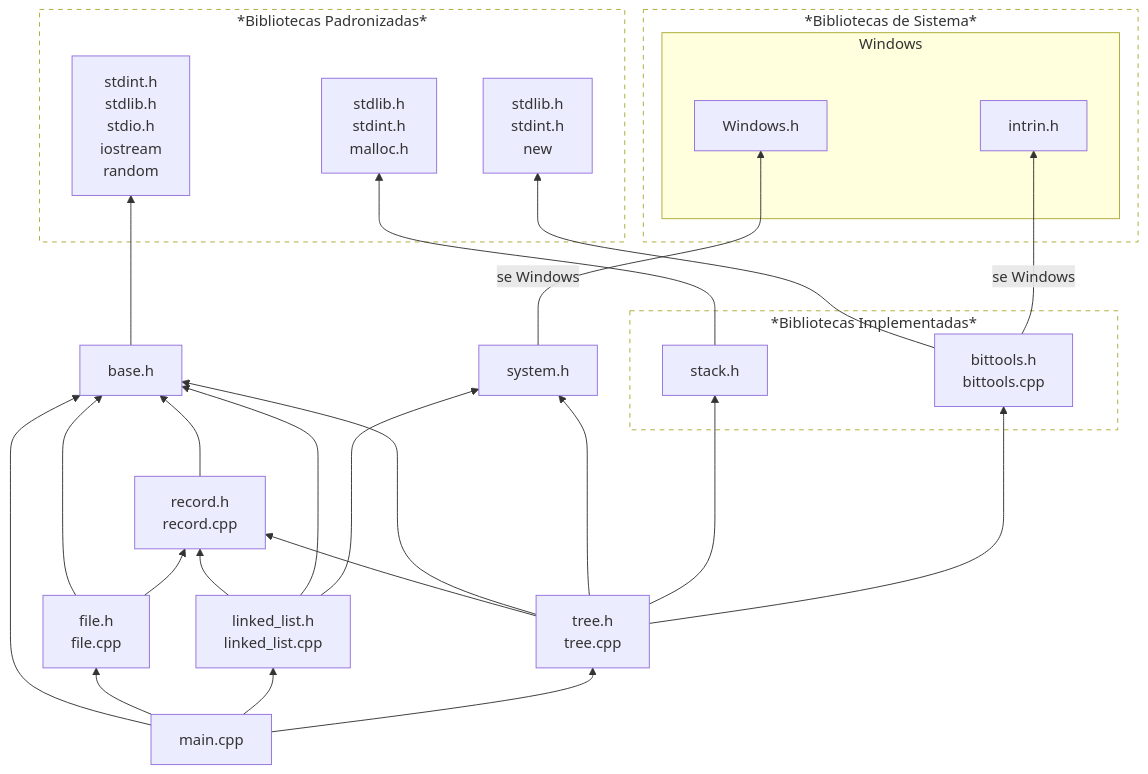
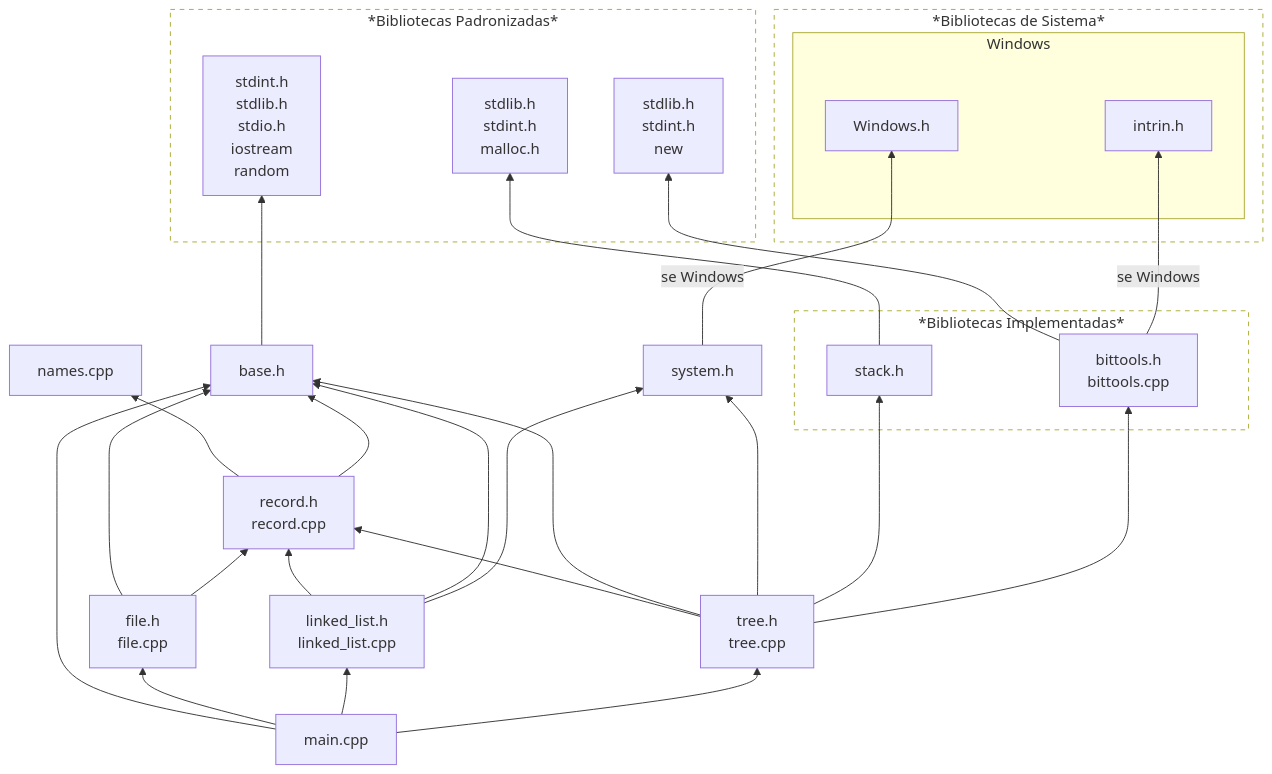
The diagram in README.md (alan-b-lima/Binary_Tree), drawn with Mermaid before and after one commit. The commit also changed other lines of this file and 6 other files, not shown here.

```diff
--- a/README.md
+++ b/README.md
@@ -552,6 +552,7 @@
    bittools.h --> bittools_incl
    bittools.h -- "se Windows" --> intrin.h
 
+   record.h --> names.cpp
    record.h --> base.h
    
    file.h --> base.h
```
